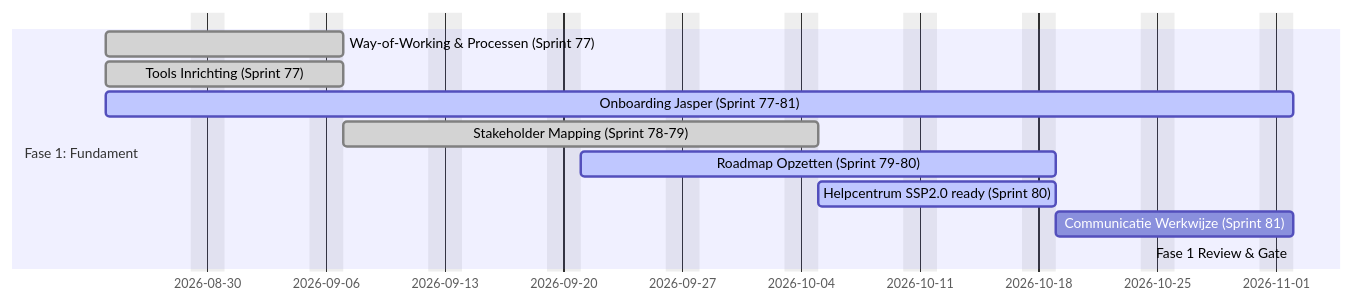
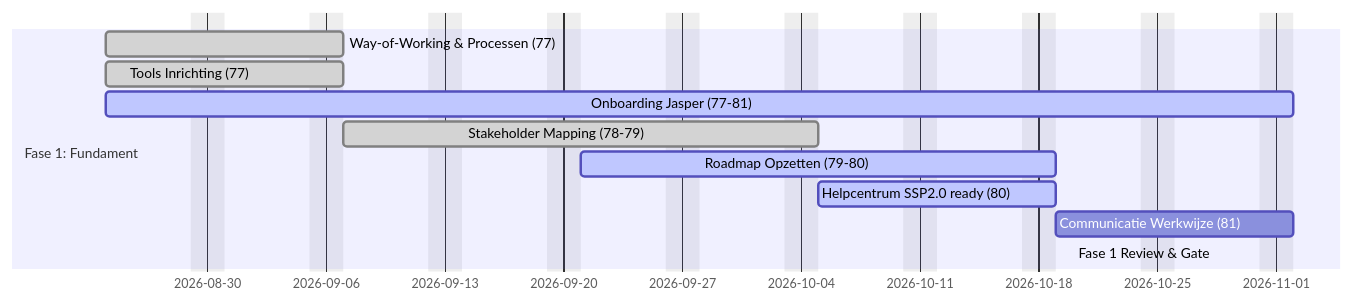
One commit to hbosscha-personal/enablement-engagement-roadmap changed the second of 6 diagrams in ROADMAP.md. Above: the diagram before and after it, drawn with Mermaid. The commit also changed other lines of this file, not shown here.

First line of the commit message:
Refactor roadmap formatting and section details

````diff
--- a/ROADMAP.md
+++ b/ROADMAP.md
@@ -42,18 +43,18 @@
 ```mermaid
 gantt
-    dateFormat YYYY-MM-DD
-    excludes    weekends
-    weekend saturday
-    todayMarker stroke-width:3px,stroke:#0f0,opacity:0.5
+    dateFormat YYYY-MM-DD
+    excludes    weekends
+    weekend saturday
+    todayMarker stroke-width:3px,stroke:#0f0,opacity:0.5
 
-    section Fase 1: Fundament
-    Way-of-Working & Processen (Sprint 77)    :done,      p1_wow,    2026-08-24, 2026-09-07
-    Tools Inrichting (Sprint 77)              :done,      p1_tools,  2026-08-24, 2026-09-07
-    Onboarding Jasper (Sprint 77-81)          :active,    p1_onb,    2026-08-24, 2026-11-02
-    Stakeholder Mapping (Sprint 78-79)        :done,      p1_stake,  2026-09-07, 2026-10-05
-    Roadmap Opzetten (Sprint 79-80)           :active,    p1_road,   2026-09-21, 2026-10-19
-    Helpcentrum SSP2.0 ready (Sprint 80)      :active,    p1_ssp,    2026-10-05, 2026-10-19
-    Communicatie Werkwijze (Sprint 81)        :p1_comm,   2026-10-19, 2026-11-02
-    Fase 1 Review & Gate                      :crit,      p1_gate,   2026-11-02, 2026-11-02
+    section Fase 1: Fundament
+    Way-of-Working & Processen (77)           :done,      p1_wow,    2026-08-24, 2026-09-07
+    Tools Inrichting (77)                     :done,      p1_tools,  2026-08-24, 2026-09-07
+    Onboarding Jasper (77-81)                 :active,    p1_onb,    2026-08-24, 2026-11-02
+    Stakeholder Mapping (78-79)               :done,      p1_stake,  2026-09-07, 2026-10-05
+    Roadmap Opzetten (79-80)                  :active,    p1_road,   2026-09-21, 2026-10-19
+    Helpcentrum SSP2.0 ready (80)             :active,    p1_ssp,    2026-10-05, 2026-10-19
+    Communicatie Werkwijze (81)               :p1_comm,   2026-10-19, 2026-11-02
+    Fase 1 Review & Gate                      :crit,      p1_gate,   2026-11-02, 2026-11-02
 
 ```
````
